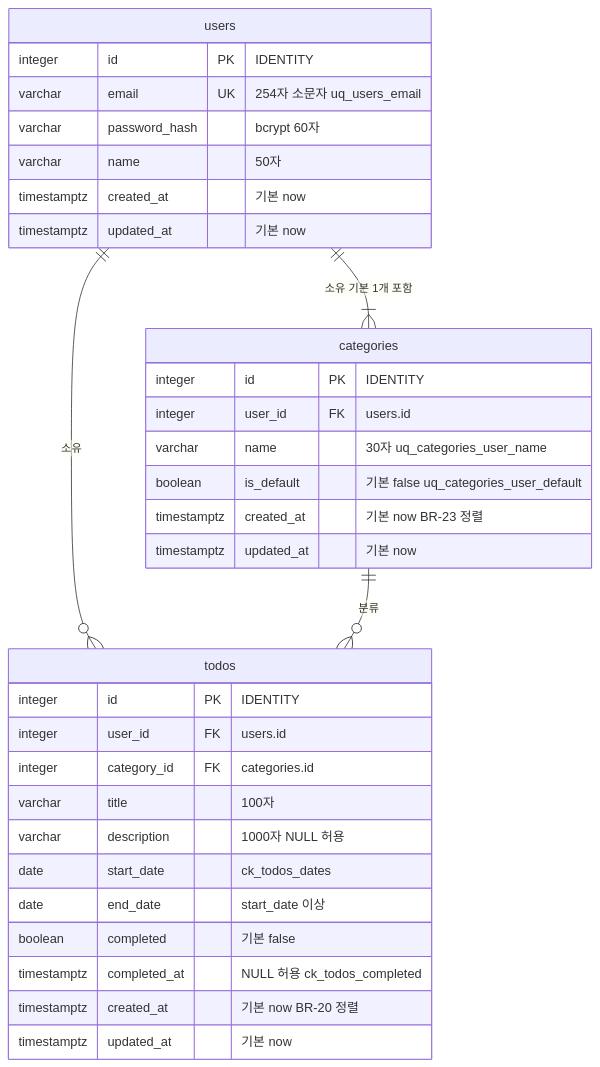
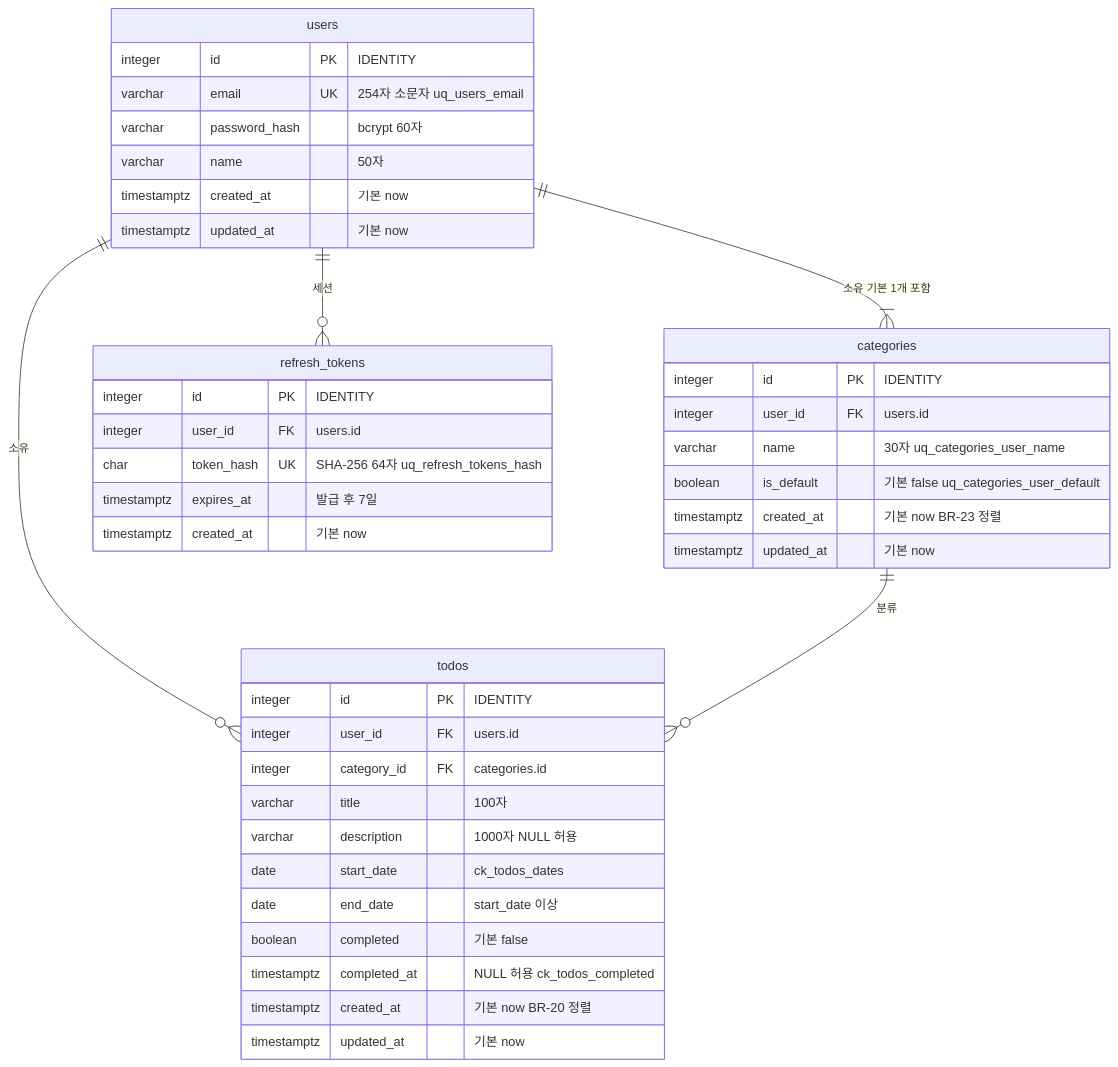
One commit to pomyeong/todolist-app changed the second of 2 diagrams in docs/7-erd.md. Above: the diagram before and after it, drawn with Mermaid. The commit also changed other lines of this file and 7 other files, not shown here.

````diff
--- a/docs/7-erd.md
+++ b/docs/7-erd.md
@@ -88,36 +94,44 @@
 ```mermaid
 erDiagram
     users ||--|{ categories : "소유 기본 1개 포함"
     users ||--o{ todos : "소유"
     categories ||--o{ todos : "분류"
+    users ||--o{ refresh_tokens : "세션"
 
     users {
         integer id PK "IDENTITY"
         varchar email UK "254자 소문자 uq_users_email"
         varchar password_hash "bcrypt 60자"
         varchar name "50자"
         timestamptz created_at "기본 now"
         timestamptz updated_at "기본 now"
     }
     categories {
         integer id PK "IDENTITY"
         integer user_id FK "users.id"
         varchar name "30자 uq_categories_user_name"
         boolean is_default "기본 false uq_categories_user_default"
         timestamptz created_at "기본 now BR-23 정렬"
         timestamptz updated_at "기본 now"
     }
     todos {
         integer id PK "IDENTITY"
         integer user_id FK "users.id"
         integer category_id FK "categories.id"
         varchar title "100자"
         varchar description "1000자 NULL 허용"
         date start_date "ck_todos_dates"
         date end_date "start_date 이상"
         boolean completed "기본 false"
         timestamptz completed_at "NULL 허용 ck_todos_completed"
         timestamptz created_at "기본 now BR-20 정렬"
         timestamptz updated_at "기본 now"
     }
+    refresh_tokens {
+        integer id PK "IDENTITY"
+        integer user_id FK "users.id"
+        char token_hash UK "SHA-256 64자 uq_refresh_tokens_hash"
+        timestamptz expires_at "발급 후 7일"
+        timestamptz created_at "기본 now"
+    }
 ```
````
